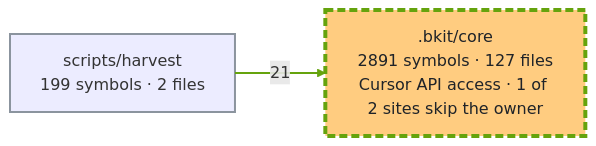
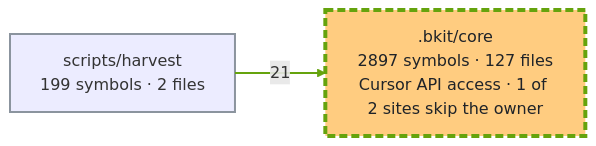
One commit to cbartens/bkit changed the first of 2 diagrams in docs/capabilities.md. Above: the diagram before and after it, drawn with Mermaid. The commit also changed other lines of this file and 35 other files, not shown here.

````diff
--- a/docs/capabilities.md
+++ b/docs/capabilities.md
@@ -150,16 +150,16 @@
 ```mermaid
 ---
 config:
   layout: elk
   flowchart:
     useMaxWidth: false
 ---
 flowchart LR
-  %% Generated by bkit-graphify-rollup.py from 0baf2ac4d035357ab85e2edf4706f76fec1ef726 — do not edit
-  n_bkit_core[".bkit/core<br/>2891 symbols · 127 files<br/>Cursor API access · 1 of 2 sites skip the owner"]
+  %% Generated by bkit-graphify-rollup.py from 1f3191756a30ffeae19911f6d3fe9fabdd384abb — do not edit
+  n_bkit_core[".bkit/core<br/>2897 symbols · 127 files<br/>Cursor API access · 1 of 2 sites skip the owner"]
   nscripts_harvest["scripts/harvest<br/>199 symbols · 2 files"]
   nscripts_harvest -->|21| n_bkit_core
   style n_bkit_core stroke:#65a30d,stroke-width:4px,stroke-dasharray:8 4,fill:#ffcc80,color:#1f2328
   style nscripts_harvest stroke:#8b949e,stroke-width:2px
   linkStyle 0 stroke:#65a30d,stroke-width:2px
 ```
````
